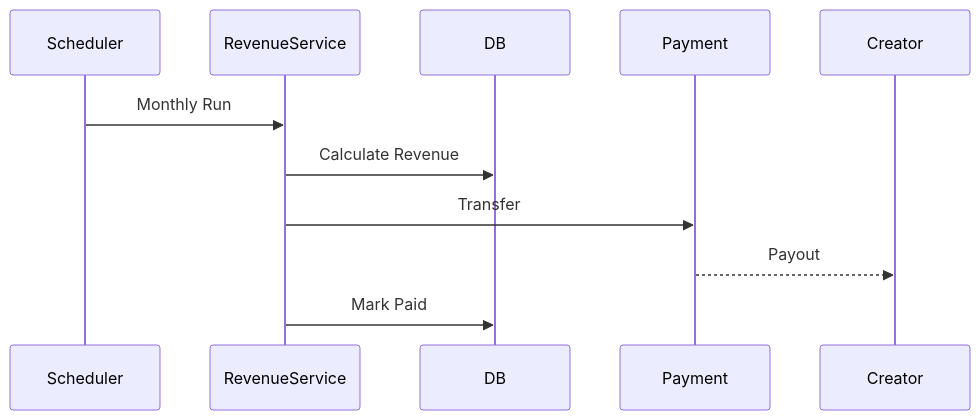
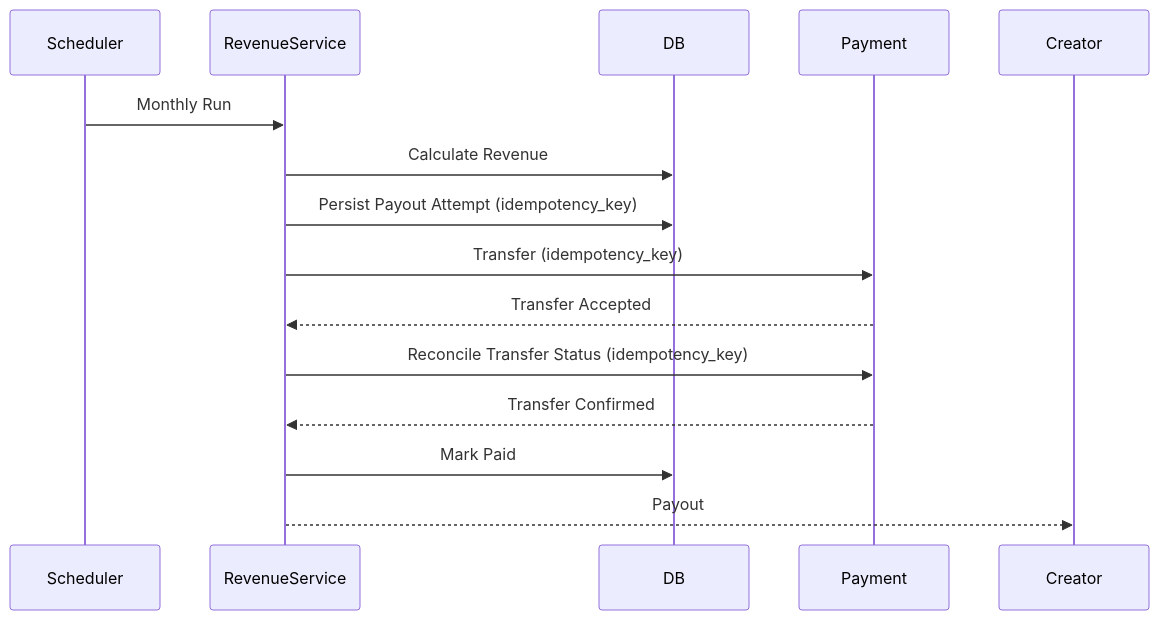
Before and after one commit to deasytech/api-yowimo: the ninth of 20 diagrams in docs/45_SEQUENCE_DIAGRAMS.md, drawn with Mermaid. The commit also changed other lines of this file and 2 other files, not shown here.

````diff
--- a/docs/45_SEQUENCE_DIAGRAMS.md
+++ b/docs/45_SEQUENCE_DIAGRAMS.md
@@ -374,23 +388,31 @@
 ```mermaid
 sequenceDiagram
 
 participant Scheduler
 
 participant RevenueService
 
 participant DB
 
 participant Payment
 
 participant Creator
 
 Scheduler->>RevenueService: Monthly Run
 
 RevenueService->>DB: Calculate Revenue
 
-RevenueService->>Payment: Transfer
+RevenueService->>DB: Persist Payout Attempt (idempotency_key)
 
-Payment-->>Creator: Payout
+RevenueService->>Payment: Transfer (idempotency_key)
+
+Payment-->>RevenueService: Transfer Accepted
+
+RevenueService->>Payment: Reconcile Transfer Status (idempotency_key)
+
+Payment-->>RevenueService: Transfer Confirmed
 
 RevenueService->>DB: Mark Paid
+
+RevenueService-->>Creator: Payout
 ```
````
